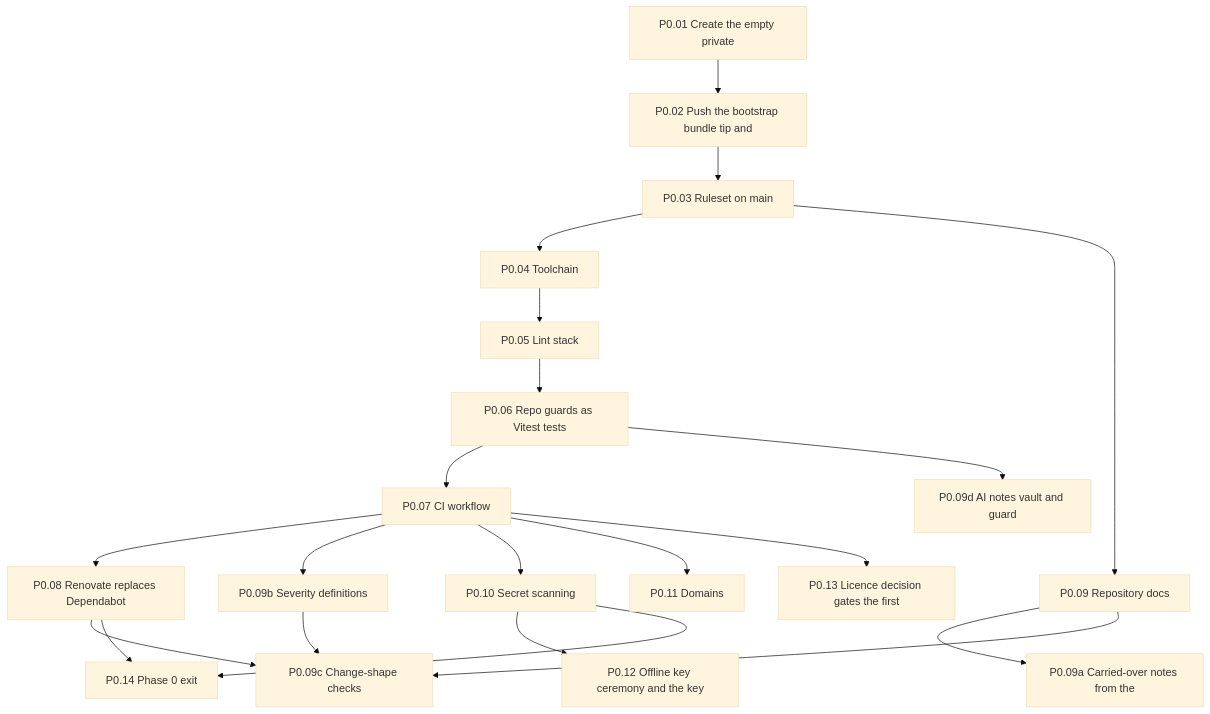
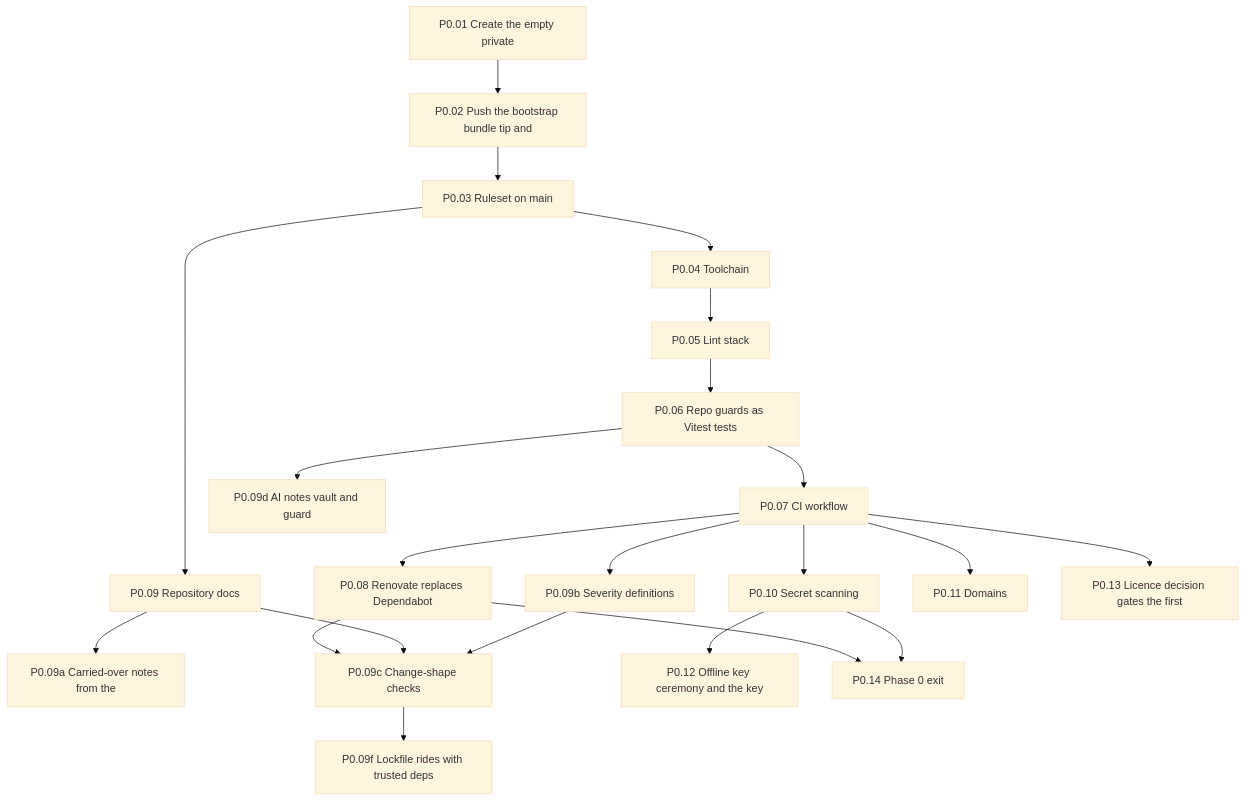
One commit to Undefined6799/unset changed the first of 11 diagrams in docs/ai/book/01-outline.md. Above: the diagram before and after it, drawn with Mermaid (base theme). The commit also changed other lines of this file and 2 other files, not shown here.

````diff
--- a/docs/ai/book/01-outline.md
+++ b/docs/ai/book/01-outline.md
@@ -49,41 +50,43 @@
 ```mermaid
 flowchart TD
   P0_01["P0.01 Create the empty private"]
   P0_02["P0.02 Push the bootstrap bundle tip and"]
   P0_03["P0.03 Ruleset on main"]
   P0_04["P0.04 Toolchain"]
   P0_05["P0.05 Lint stack"]
   P0_06["P0.06 Repo guards as Vitest tests"]
   P0_07["P0.07 CI workflow"]
   P0_08["P0.08 Renovate replaces Dependabot"]
   P0_09["P0.09 Repository docs"]
   P0_09a["P0.09a Carried-over notes from the"]
   P0_09b["P0.09b Severity definitions"]
   P0_09c["P0.09c Change-shape checks"]
   P0_09d["P0.09d AI notes vault and guard"]
+  P0_09f["P0.09f Lockfile rides with trusted deps"]
   P0_10["P0.10 Secret scanning"]
   P0_11["P0.11 Domains"]
   P0_12["P0.12 Offline key ceremony and the key"]
   P0_13["P0.13 Licence decision gates the first"]
   P0_14["P0.14 Phase 0 exit"]
   P0_01 --> P0_02
   P0_02 --> P0_03
   P0_03 --> P0_04
   P0_04 --> P0_05
   P0_05 --> P0_06
   P0_06 --> P0_07
   P0_07 --> P0_08
   P0_03 --> P0_09
   P0_09 --> P0_09a
   P0_07 --> P0_09b
   P0_08 --> P0_09c
   P0_09 --> P0_09c
   P0_09b --> P0_09c
   P0_06 --> P0_09d
+  P0_09c --> P0_09f
   P0_07 --> P0_10
   P0_07 --> P0_11
   P0_10 --> P0_12
   P0_07 --> P0_13
   P0_08 --> P0_14
   P0_10 --> P0_14
 ```
````
